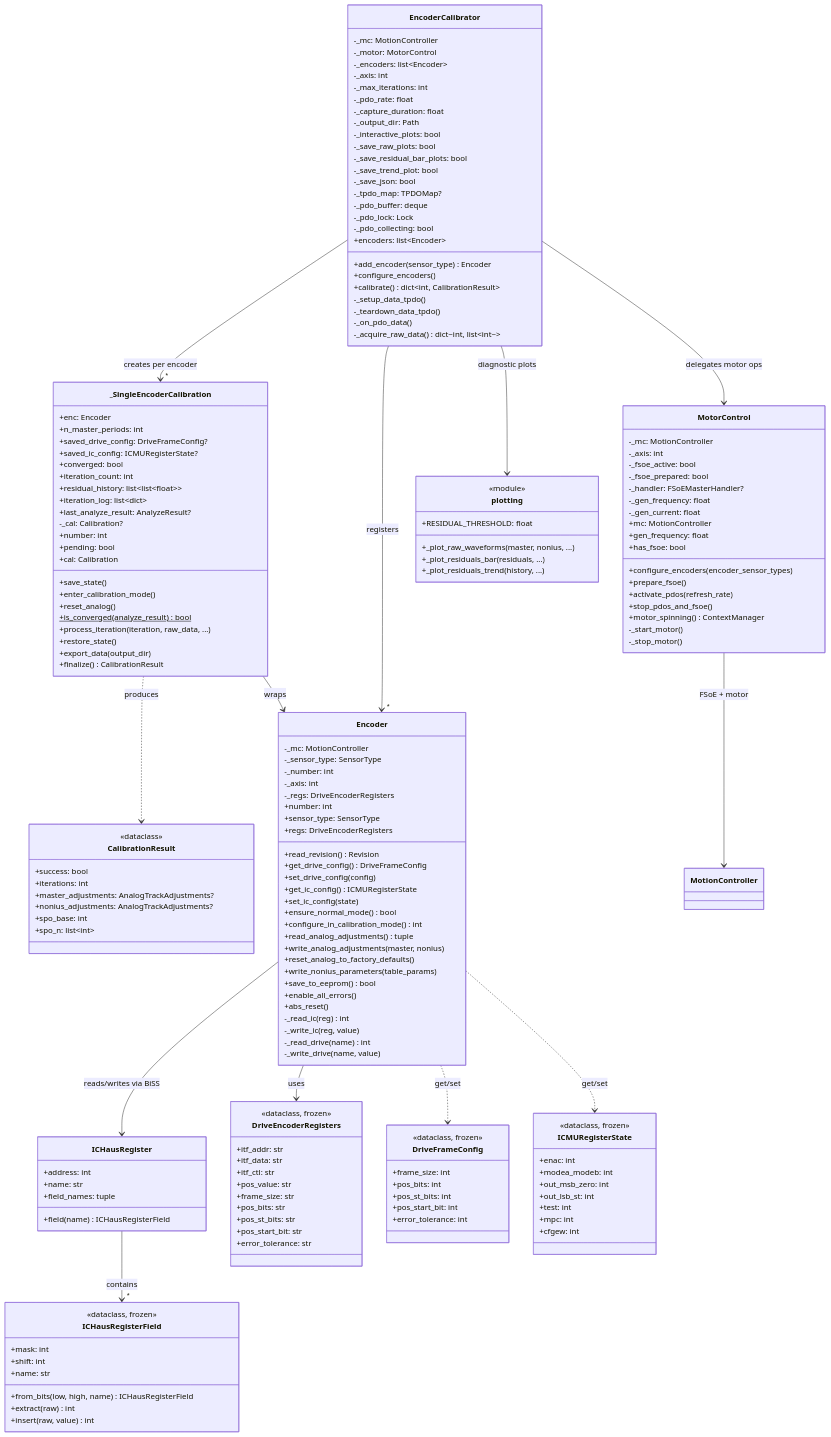
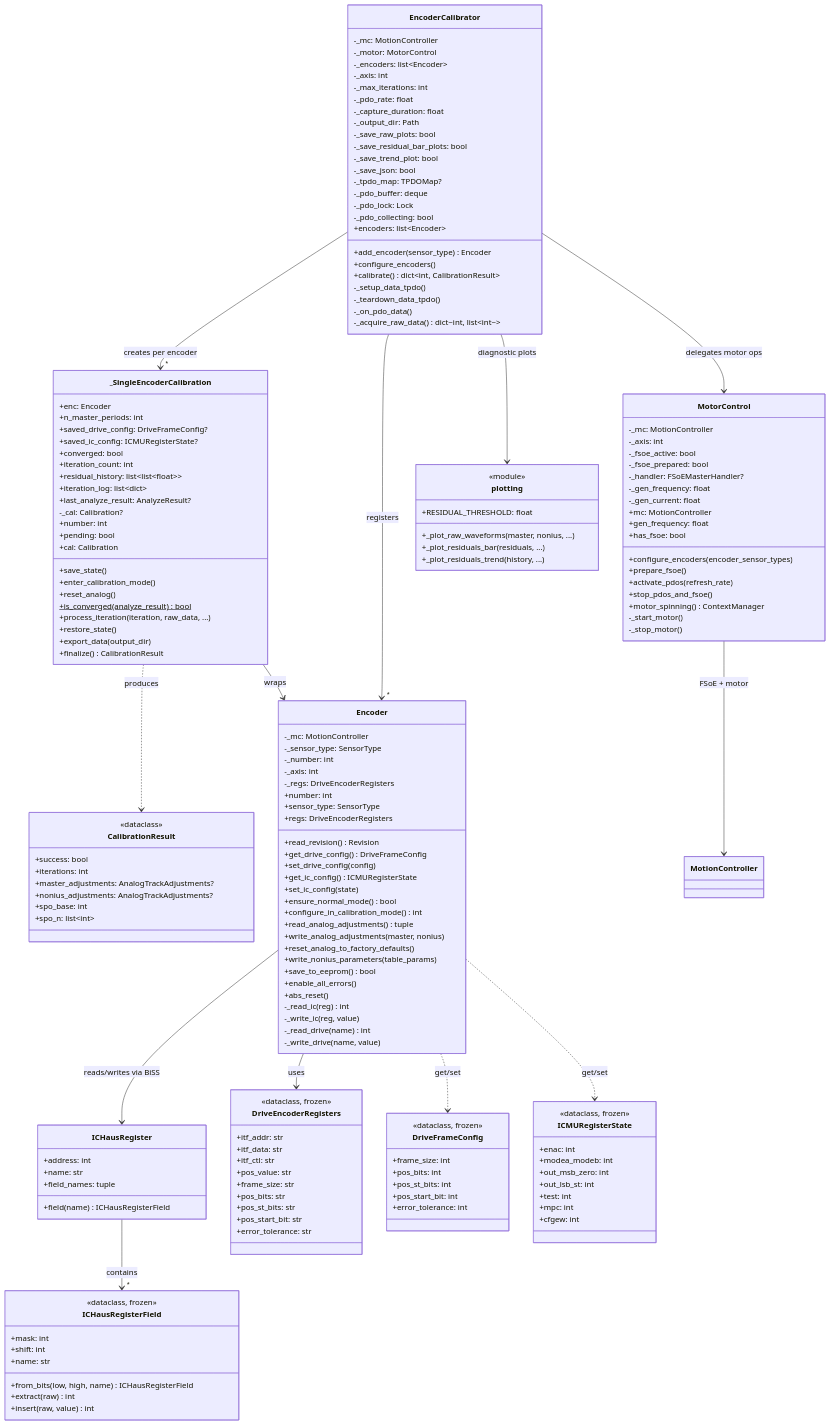
One commit to ingeniamc/iC-Haus-magnetic-encoder-calibration changed the third of 3 diagrams in architecture.md. Above: the diagram before and after it, drawn with Mermaid. The commit also changed 1 other file, not shown here.

Commit message:
Remove interactive plots flag from argument parser and class diagram.

```diff
--- a/architecture.md
+++ b/architecture.md
@@ -391,7 +391,6 @@
         -_pdo_rate: float
         -_capture_duration: float
         -_output_dir: Path
-        -_interactive_plots: bool
         -_save_raw_plots: bool
         -_save_residual_bar_plots: bool
         -_save_trend_plot: bool
```
